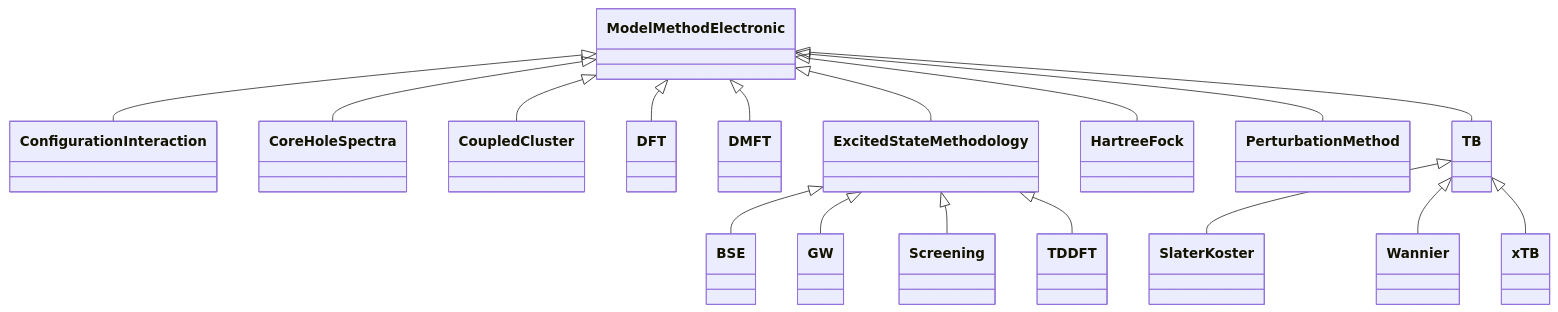
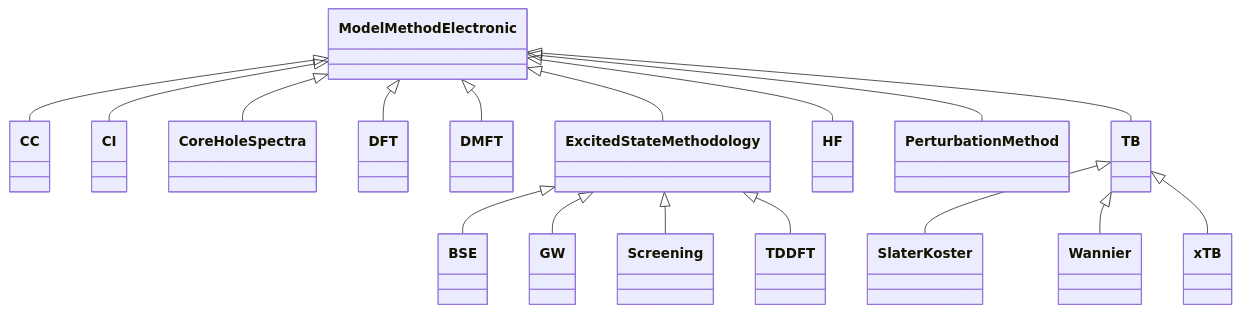
The diagram in docs/schema/model_method_electronic.md (FAIRmat-NFDI/nomad-simulations), drawn with Mermaid before and after one commit. The commit also changed other lines of this file and 8 other files, not shown here.

````diff
--- a/docs/schema/model_method_electronic.md
+++ b/docs/schema/model_method_electronic.md
@@ -17,36 +17,36 @@
 ```mermaid
 classDiagram
     class BSE
-    class ConfigurationInteraction
+    class CC
+    class CI
     class CoreHoleSpectra
-    class CoupledCluster
     class DFT
     class DMFT
     class ExcitedStateMethodology
     class GW
-    class HartreeFock
+    class HF
     class ModelMethodElectronic
     class PerturbationMethod
     class Screening
     class SlaterKoster
     class TB
     class TDDFT
     class Wannier
     class xTB
     ExcitedStateMethodology <|-- BSE
-    ModelMethodElectronic <|-- ConfigurationInteraction
+    ModelMethodElectronic <|-- CC
+    ModelMethodElectronic <|-- CI
     ModelMethodElectronic <|-- CoreHoleSpectra
-    ModelMethodElectronic <|-- CoupledCluster
     ModelMethodElectronic <|-- DFT
     ModelMethodElectronic <|-- DMFT
     ModelMethodElectronic <|-- ExcitedStateMethodology
     ExcitedStateMethodology <|-- GW
-    ModelMethodElectronic <|-- HartreeFock
+    ModelMethodElectronic <|-- HF
     ModelMethodElectronic <|-- PerturbationMethod
     ExcitedStateMethodology <|-- Screening
     TB <|-- SlaterKoster
     ModelMethodElectronic <|-- TB
     ExcitedStateMethodology <|-- TDDFT
     TB <|-- Wannier
     TB <|-- xTB
 ```
````
